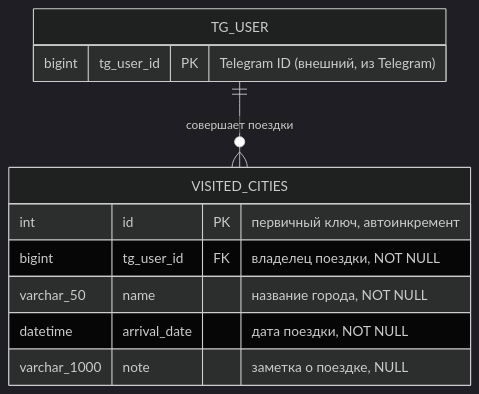
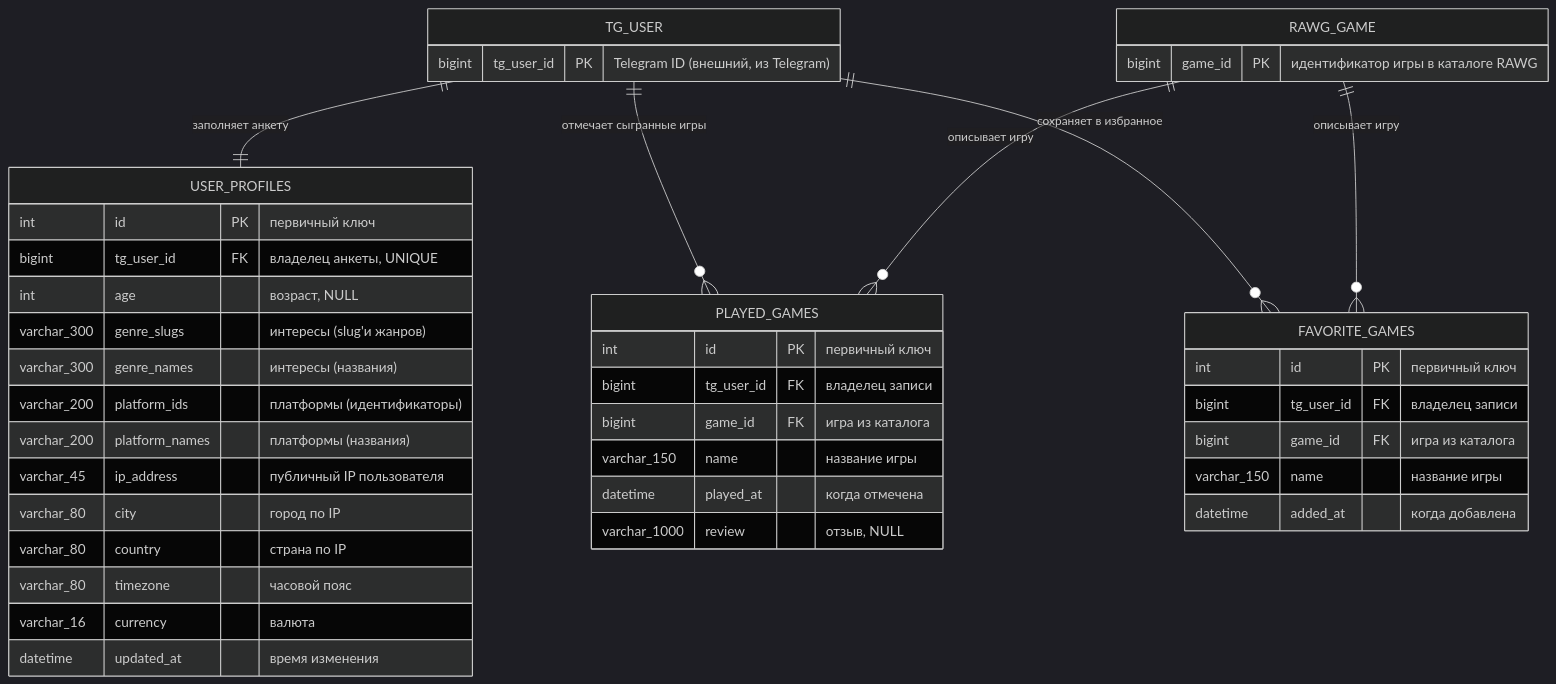
One commit to FamtyTG/GemInfo changed the diagram in docs/03_baza_dannyh.md. Above: the diagram before and after it, drawn with Mermaid (dark theme). The commit also changed other lines of this file and 39 other files, not shown here.

First line of the commit message:
docs: документация, диаграммы DrawIO и SVG-мокапы GameHunter

````diff
--- a/docs/03_baza_dannyh.md
+++ b/docs/03_baza_dannyh.md
@@ -45,16 +135,49 @@
 ```mermaid
 erDiagram
-    TG_USER ||--o{ VISITED_CITIES : "совершает поездки"
+    TG_USER ||--|| USER_PROFILES : "заполняет анкету"
+    TG_USER ||--o{ PLAYED_GAMES : "отмечает сыгранные игры"
+    TG_USER ||--o{ FAVORITE_GAMES : "сохраняет в избранное"
+    RAWG_GAME ||--o{ PLAYED_GAMES : "описывает игру"
+    RAWG_GAME ||--o{ FAVORITE_GAMES : "описывает игру"
 
     TG_USER {
         bigint tg_user_id PK "Telegram ID (внешний, из Telegram)"
     }
 
-    VISITED_CITIES {
-        int id PK "первичный ключ, автоинкремент"
-        bigint tg_user_id FK "владелец поездки, NOT NULL"
-        varchar_50 name "название города, NOT NULL"
-        datetime arrival_date "дата поездки, NOT NULL"
-        varchar_1000 note "заметка о поездке, NULL"
+    RAWG_GAME {
+        bigint game_id PK "идентификатор игры в каталоге RAWG"
+    }
+
+    USER_PROFILES {
+        int id PK "первичный ключ"
+        bigint tg_user_id FK "владелец анкеты, UNIQUE"
+        int age "возраст, NULL"
+        varchar_300 genre_slugs "интересы (slug'и жанров)"
+        varchar_300 genre_names "интересы (названия)"
+        varchar_200 platform_ids "платформы (идентификаторы)"
+        varchar_200 platform_names "платформы (названия)"
+        varchar_45 ip_address "публичный IP пользователя"
+        varchar_80 city "город по IP"
+        varchar_80 country "страна по IP"
+        varchar_80 timezone "часовой пояс"
+        varchar_16 currency "валюта"
+        datetime updated_at "время изменения"
+    }
+
+    PLAYED_GAMES {
+        int id PK "первичный ключ"
+        bigint tg_user_id FK "владелец записи"
+        bigint game_id FK "игра из каталога"
+        varchar_150 name "название игры"
+        datetime played_at "когда отмечена"
+        varchar_1000 review "отзыв, NULL"
+    }
+
+    FAVORITE_GAMES {
+        int id PK "первичный ключ"
+        bigint tg_user_id FK "владелец записи"
+        bigint game_id FK "игра из каталога"
+        varchar_150 name "название игры"
+        datetime added_at "когда добавлена"
     }
 ```
````
